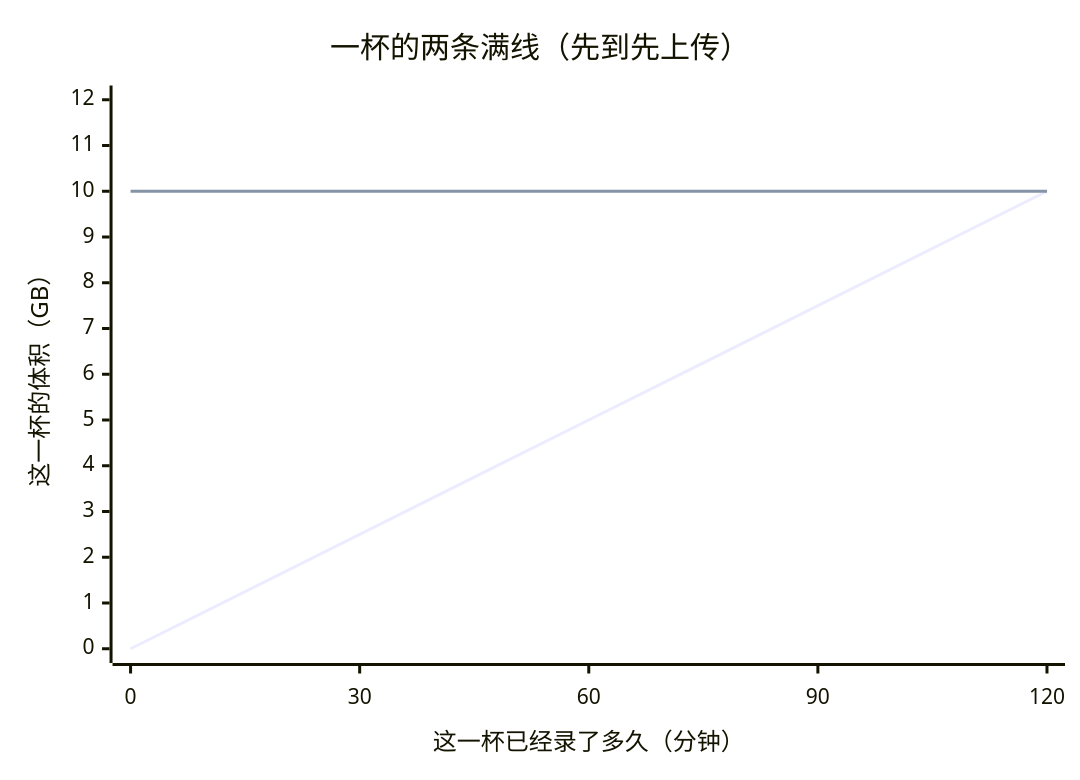
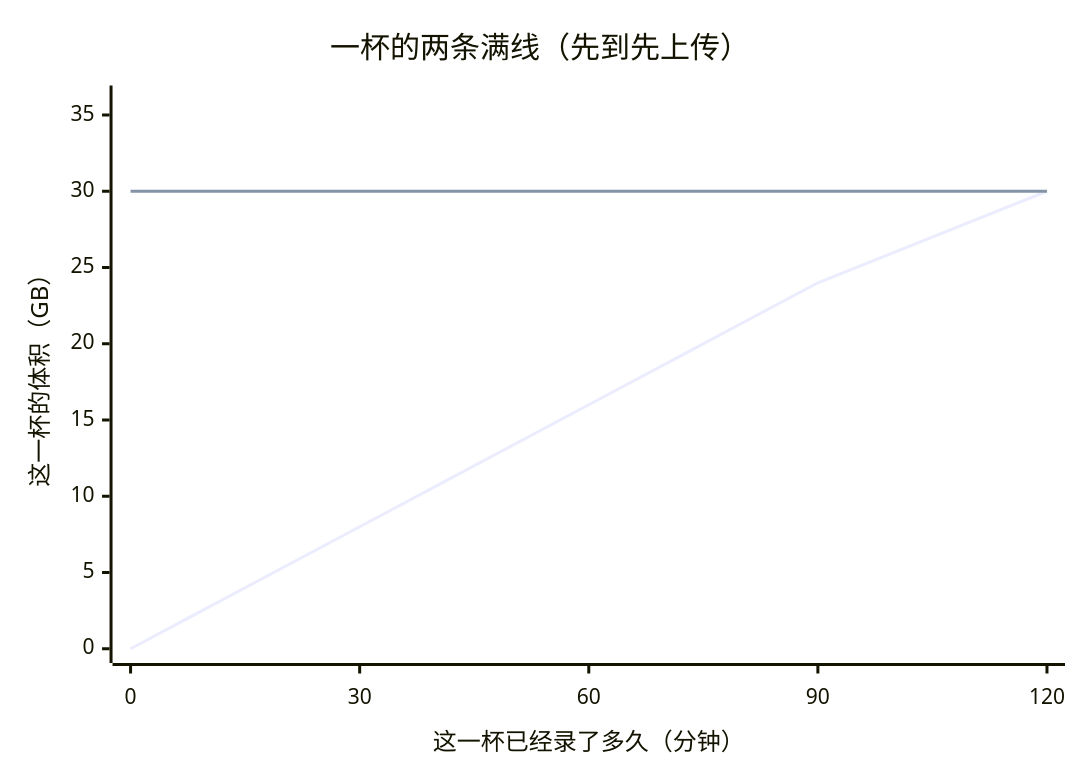
One commit to notfornothing/biliup changed the first of 2 diagrams in aboutRefactor/分P示意图.md. Above: the diagram before and after it, drawn with Mermaid. The commit also changed other lines of this file and 3 other files, not shown here.

````diff
--- a/aboutRefactor/分P示意图.md
+++ b/aboutRefactor/分P示意图.md
@@ -9,8 +9,8 @@
 ```mermaid
 xychart-beta
     title "一杯的两条满线（先到先上传）"
     x-axis "这一杯已经录了多久（分钟）" [0, 30, 60, 90, 120]
-    y-axis "这一杯的体积（GB）" 0 --> 12
-    line "体积涨上去" [0, 2.5, 5, 7.5, 10]
-    line "10GB 满线" [10, 10, 10, 10, 10]
+    y-axis "这一杯的体积（GB）" 0 --> 36
+    line "体积涨上去" [0, 8, 16, 24, 30]
+    line "30GB 满线" [30, 30, 30, 30, 30]
 ```
````
